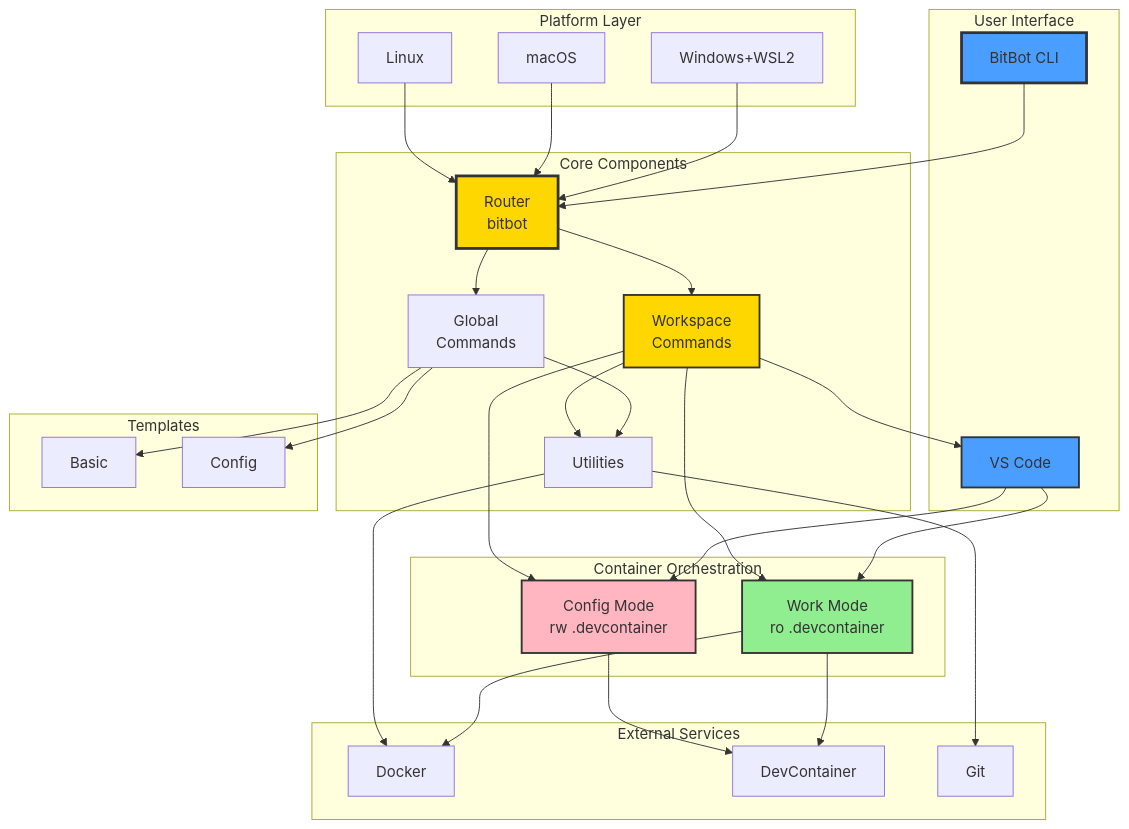
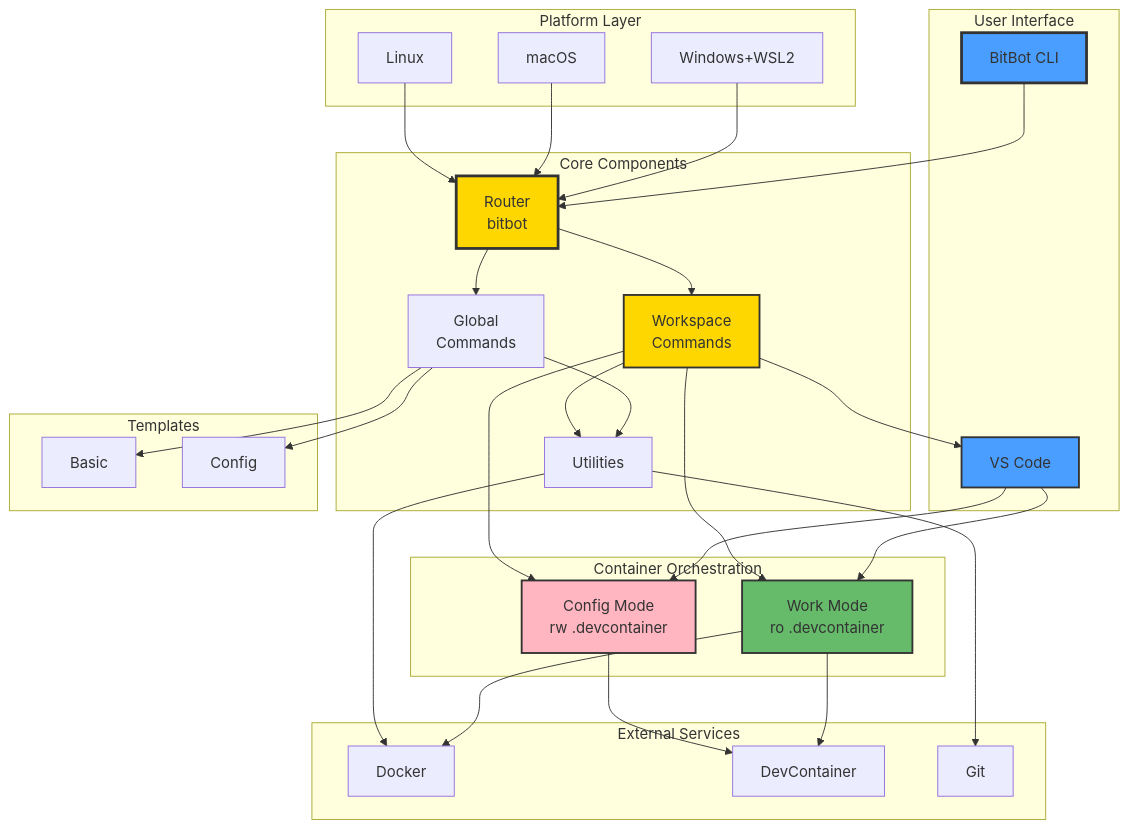
One commit to ManuelKugelmann/BitBot changed the diagram in sparc/3-architecture/diagrams/01-system-overview.md. Above: the diagram before and after it, drawn with Mermaid. The commit also changed 6 other files, not shown here.

First line of the commit message:
Improve diagram colors for better dark text contrast

````diff
--- a/sparc/3-architecture/diagrams/01-system-overview.md
+++ b/sparc/3-architecture/diagrams/01-system-overview.md
@@ -5,64 +5,64 @@
 ```mermaid
 graph TB
     subgraph UI["User Interface"]
         CLI[BitBot CLI]
         VS[VS Code]
     end
 
     subgraph PLAT["Platform Layer"]
         WIN[Windows+WSL2]
         MAC[macOS]
         LIN[Linux]
     end
 
     subgraph CORE["Core Components"]
         ROUTER[Router<br/>bitbot]
         GLOBAL[Global<br/>Commands]
         WORK[Workspace<br/>Commands]
         UTIL[Utilities]
     end
 
     subgraph CONT["Container Orchestration"]
         WMODE[Work Mode<br/>ro .devcontainer]
         CMODE[Config Mode<br/>rw .devcontainer]
     end
 
     subgraph EXT["External Services"]
         DOC[Docker]
         DC[DevContainer]
         GIT[Git]
     end
 
     subgraph TMPL["Templates"]
         BASIC[Basic]
         CFG[Config]
     end
 
     CLI --> ROUTER
     VS --> WMODE
     VS --> CMODE
     ROUTER --> GLOBAL
     ROUTER --> WORK
     GLOBAL --> UTIL
     WORK --> UTIL
     WORK --> WMODE
     WORK --> CMODE
     WORK --> VS
     WMODE --> DOC
     WMODE --> DC
     CMODE --> DC
     UTIL --> GIT
     UTIL --> DOC
     GLOBAL --> BASIC
     GLOBAL --> CFG
     WIN --> ROUTER
     MAC --> ROUTER
     LIN --> ROUTER
 
     style CLI fill:#4a9eff,stroke:#333,stroke-width:3px
     style VS fill:#4a9eff,stroke:#333,stroke-width:2px
-    style WMODE fill:#90ee90,stroke:#333,stroke-width:2px
+    style WMODE fill:#66bb6a,stroke:#333,stroke-width:2px
     style CMODE fill:#ffb6c1,stroke:#333,stroke-width:2px
     style ROUTER fill:#ffd700,stroke:#333,stroke-width:3px
     style WORK fill:#ffd700,stroke:#333,stroke-width:2px
 ```
````
